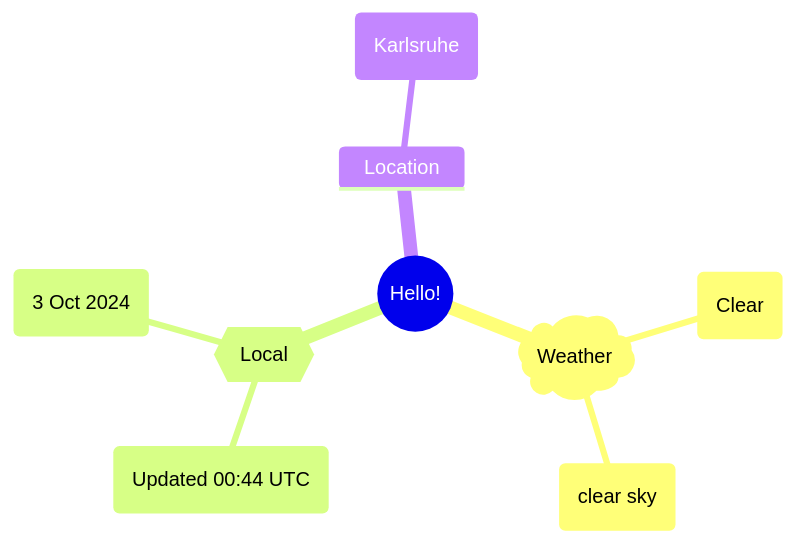
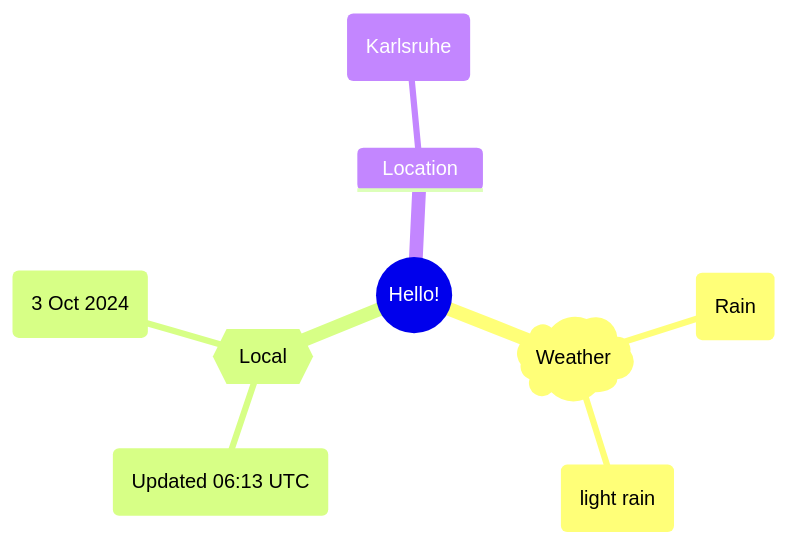
One commit to Xosrov/Xosrov changed the first of 2 diagrams in README.md. Above: the diagram before and after it, drawn with Mermaid.

Commit message:
[bot] updated images

````diff
--- a/README.md
+++ b/README.md
@@ -3,12 +3,12 @@
 ```mermaid
 mindmap
   root((Hello!))
     )Weather(
-        (Clear)
-        (clear sky)
+        (Rain)
+        (light rain)
     {{Local}}
-        (Updated 00:44 UTC)
+        (Updated 06:13 UTC)
         (3 Oct 2024)
     Location
         (Karlsruhe)
 ```
````
